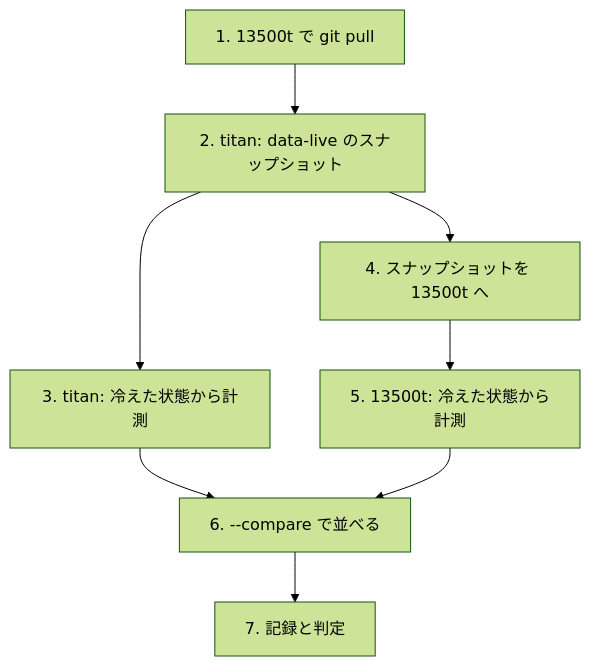
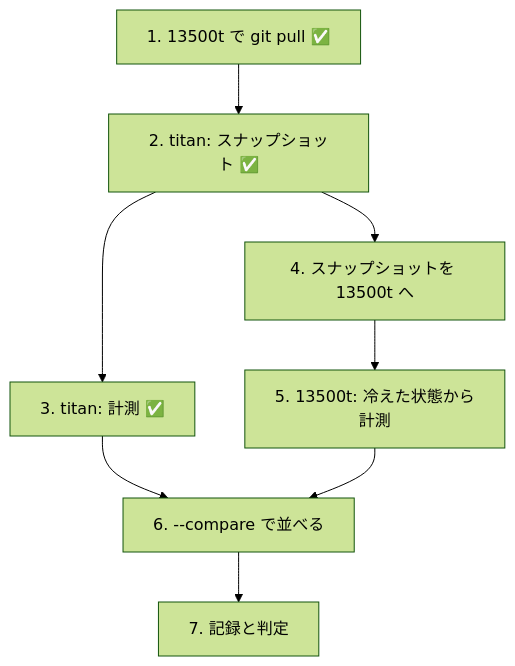
One commit to akiraak/ai-income-lab changed the third of 3 diagrams in docs/plans/predict-timing-13500t.md. Above: the diagram before and after it, drawn with Mermaid (forest theme). The commit also changed other lines of this file and 1 other file, not shown here.

First line of the commit message:
予測の時間の計測: titan 側を測った（温まった状態 37.41／37.60 秒）。引き継ぎを手順 4 から書き直した

````diff
--- a/docs/plans/predict-timing-13500t.md
+++ b/docs/plans/predict-timing-13500t.md
@@ -157,10 +157,10 @@
 ```mermaid
 flowchart TD
-  A[1. 13500t で git pull] --> B[2. titan: data-live のスナップショット]
-  B --> C[3. titan: 冷えた状態から計測]
+  A[1. 13500t で git pull ✅] --> B[2. titan: スナップショット ✅]
+  B --> C[3. titan: 計測 ✅]
   B --> D[4. スナップショットを 13500t へ]
   D --> E[5. 13500t: 冷えた状態から計測]
   C --> F[6. --compare で並べる]
   E --> F
   F --> G[7. 記録と判定]
 ```
````
